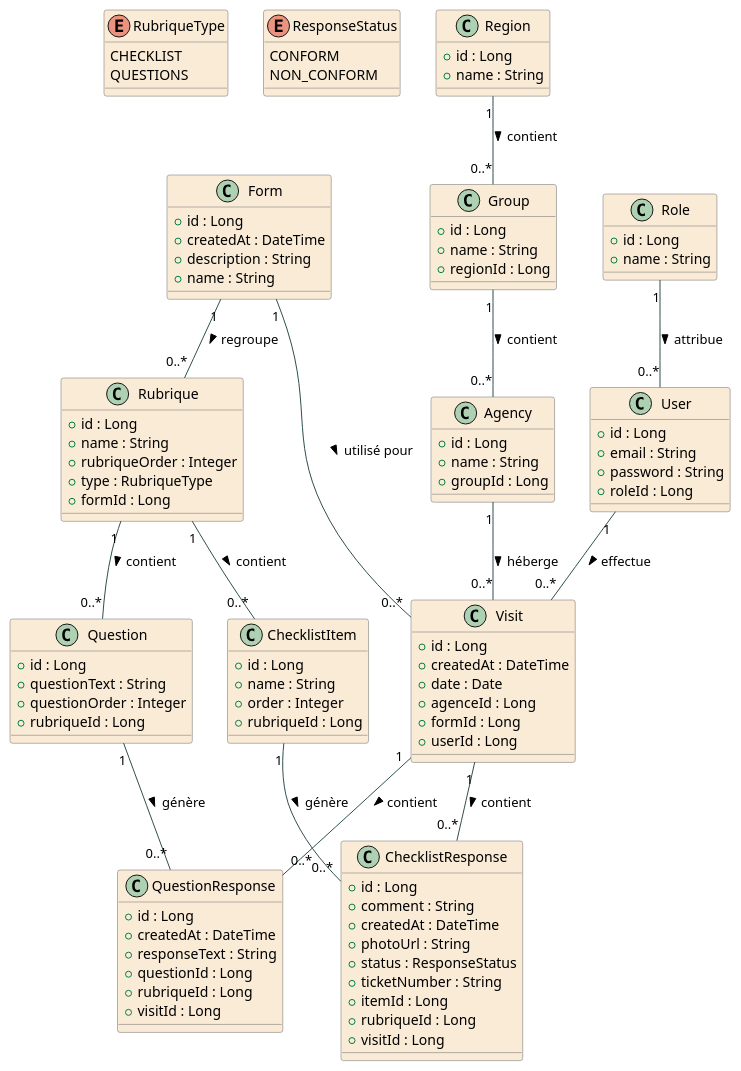
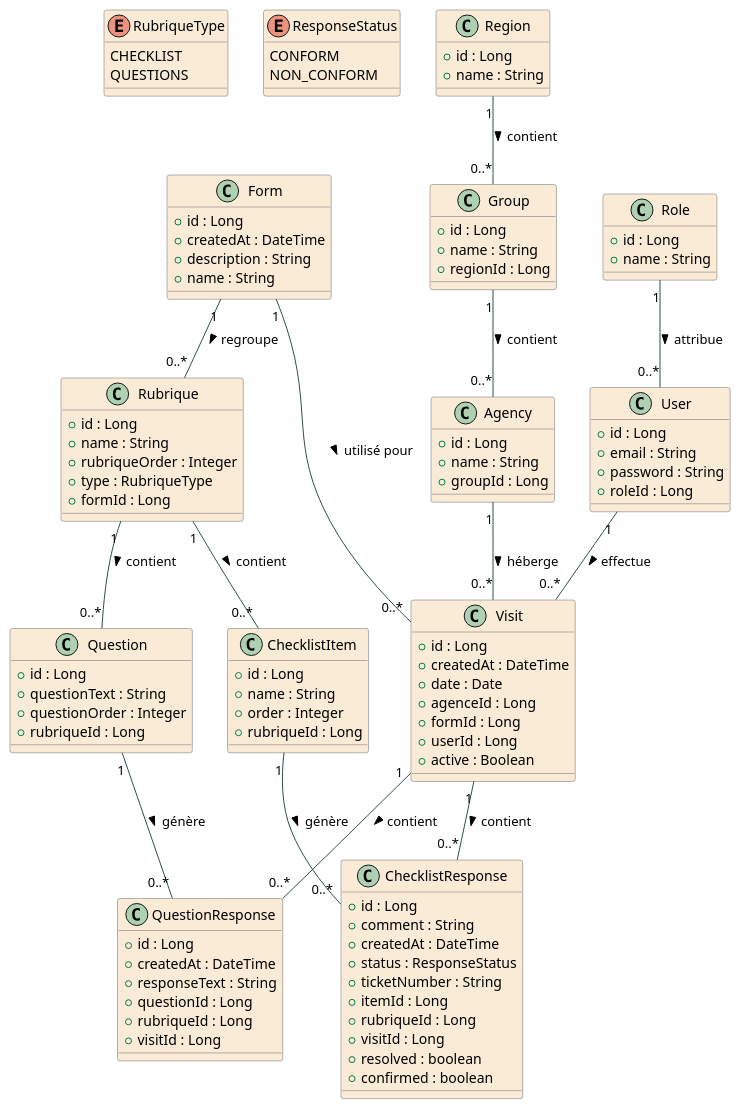
Before and after one commit to amirakhw/gembawalk: the diagram in gembawalk_back/my_class_diagram.puml, drawn with PlantUML. The commit also changed 53 other files, not shown here.

```diff
--- a/gembawalk_back/my_class_diagram.puml
+++ b/gembawalk_back/my_class_diagram.puml
@@ -1,134 +1,137 @@
 @startuml
 ' =====================================
 ' Diagramme de classes UML pour Gemba Walk
 ' =====================================
 
 skinparam class {
     BackgroundColor AntiqueWhite
     ArrowColor DarkSlateGray
     BorderColor DimGray
 }
 
 ' ---------- Enums (moved to the left) ----------
 enum RubriqueType {
     CHECKLIST
     QUESTIONS
 }
 
 enum ResponseStatus {
     CONFORM
     NON_CONFORM
 }
 
 ' ---------- Entités géographiques ----------
 class Region {
     + id : Long
     + name : String
 }
 
 class Group {
     + id : Long
     + name : String
     + regionId : Long
 }
 
 class Agency {
     + id : Long
     + name : String
     + groupId : Long
 }
 
 Region "1" -- "0..*" Group : contient >
 Group "1" -- "0..*" Agency : contient >
 
 ' ---------- Gestion des utilisateurs ----------
 class Role {
     + id : Long
     + name : String
 }
 
 class User {
     + id : Long
     + email : String
     + password : String
     + roleId : Long
 }
 
 Role "1" -- "0..*" User : attribue >
 
 
 ' ---------- Formulaires et rubriques ----------
 class Form {
     + id : Long
     + createdAt : DateTime
     + description : String
     + name : String
 }
 
 class Rubrique {
     + id : Long
     + name : String
     + rubriqueOrder : Integer
     + type : RubriqueType
     + formId : Long
 }
 
 Form "1" -- "0..*" Rubrique : regroupe >
 Rubrique "1" -- "0..*" ChecklistItem : contient >
 Rubrique "1" -- "0..*" Question : contient >
 
 class ChecklistItem {
     + id : Long
     + name : String
     + order : Integer
     + rubriqueId : Long
 }
 
 class Question {
     + id : Long
     + questionText : String
     + questionOrder : Integer
     + rubriqueId : Long
 }
 
 ' ---------- Visites et réponses ----------
 class Visit {
     + id : Long
     + createdAt : DateTime
     + date : Date
     + agenceId : Long
     + formId : Long
     + userId : Long
+    + active : Boolean
 }
 
 class ChecklistResponse {
     + id : Long
     + comment : String
     + createdAt : DateTime
-    + photoUrl : String
     + status : ResponseStatus
     + ticketNumber : String
     + itemId : Long
     + rubriqueId : Long
     + visitId : Long
+    + resolved : boolean
+    + confirmed : boolean
+
 }
 
 class QuestionResponse {
     + id : Long
     + createdAt : DateTime
     + responseText : String
     + questionId : Long
     + rubriqueId : Long
     + visitId : Long
 }
 
 Agency "1" -- "0..*" Visit : héberge >
 Form "1" -- "0..*" Visit : utilisé pour >
 User "1" -- "0..*" Visit : effectue >
 Visit "1" -- "0..*" ChecklistResponse : contient >
 Visit "1" -- "0..*" QuestionResponse : contient >
 
 ChecklistItem "1" -- "0..*" ChecklistResponse : génère >
 Question "1" -- "0..*" QuestionResponse : génère >
 
 @enduml
```
